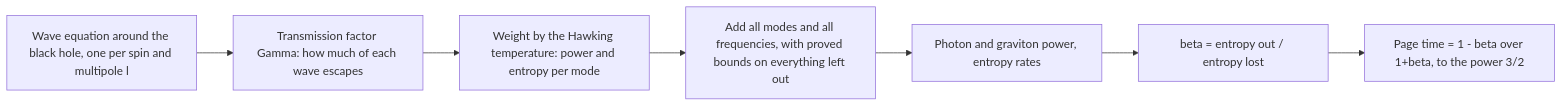
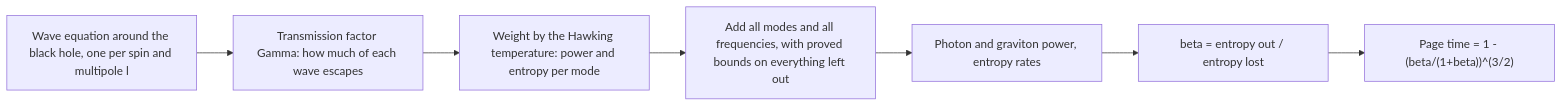
One commit to Hashirama1337s/certified-page-time changed the diagram in README.md. Above: the diagram before and after it, drawn with Mermaid. The commit also changed other lines of this file and 2 other files, not shown here.

````diff
--- a/README.md
+++ b/README.md
@@ -127,9 +140,9 @@
 ```mermaid
 flowchart LR
   A[Wave equation around the black hole, one per spin and multipole l] --> B[Transmission factor Gamma: how much of each wave escapes]
   B --> C[Weight by the Hawking temperature: power and entropy per mode]
   C --> D[Add all modes and all frequencies, with proved bounds on everything left out]
   D --> E[Photon and graviton power, entropy rates]
   E --> F[beta = entropy out / entropy lost]
-  F --> G[Page time = 1 - beta over 1+beta, to the power 3/2]
+  F --> G["Page time = 1 - (beta/(1+beta))^(3/2)"]
 ```
````
